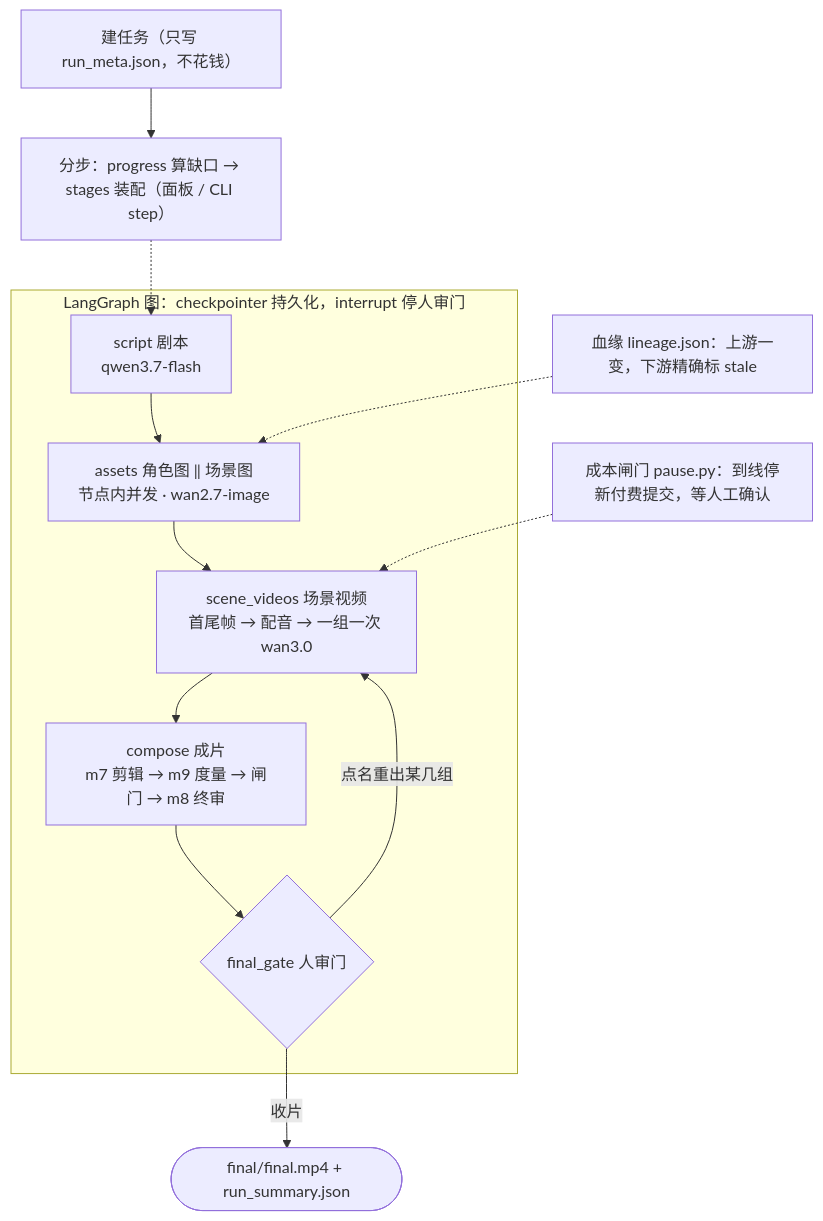
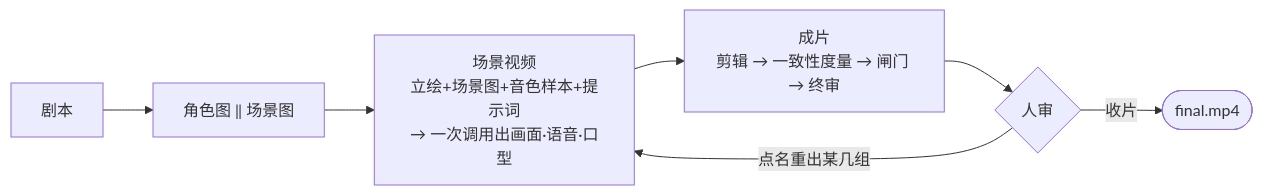
Before and after one commit to Mingyang0018/FastVideo3: the diagram in README.md, drawn with Mermaid. The commit also changed other lines of this file, not shown here.

Commit message:
docs(readme): 编排图收成 7 个节点（16 行 → 10 行）
图只画"形状"，模型名与人工动作交给下面那张表 —— 上一版把两边都塞进图里，于是图既大又和表重复。

- 删掉：建任务节点、分步模式的 progress/stages 两个节点（那是"怎么驱动"，不是流程本身，
  正文一句话就说清了）、成本闸门与血缘两个虚线挂点（挪进正文，它们横跨所有步骤，画在某一
  个节点上是误导）、`subgraph` 外壳、每个节点里的英文步骤 id 与模型名。
- 保留的关键形状：五步一条链、`角色图 ‖ 场景图` 的并行、**人审点名重出只回边到"场景视频"**
  （这是这张图唯一不显然的地方：重出一组不会回头重画剧本和资产）、以及"闸门自动重做"在
  成片那一步**内部**、图上的回边只承载人的决定。
- 场景视频节点仍保留多模态输入合同（立绘+场景图+音色样本+提示词 → 一次调用出画面·语音·口型），
  因为这一节标题就是"多模态"，这个节点不能退化成"生成视频"。
- 顺带去掉与上一句重复的"一条链，两种走法"，成本闸门/血缘那段改成只讲事实。

````diff
--- a/README.md
+++ b/README.md
@@ -41,17 +41,9 @@
 ```mermaid
-flowchart TD
-    T["建任务（只写 run_meta.json，不花钱）"] --> P
-    P["分步：progress 算缺口 → stages 装配（面板 / CLI step）"] -.-> S
-
-    subgraph G["LangGraph 图：checkpointer 持久化，interrupt 停人审门"]
-        S["script 剧本<br/>qwen3.7-flash"] --> A["assets 角色图 ‖ 场景图<br/>节点内并发 · wan2.7-image"]
-        A --> V["scene_videos 场景视频<br/>首尾帧 → 配音 → 一组一次 wan3.0"]
-        V --> C["compose 成片<br/>m7 剪辑 → m9 度量 → 闸门 → m8 终审"]
-        C --> FG{"final_gate 人审门"}
-        FG -- 点名重出某几组 --> V
-    end
-
-    FG -- 收片 --> E(["final/final.mp4 + run_summary.json"])
-    PAUSE["成本闸门 pause.py：到线停新付费提交，等人工确认"] -.-> V
-    LIN["血缘 lineage.json：上游一变，下游精确标 stale"] -.-> A
+flowchart LR
+    S["剧本"] --> A["角色图 ‖ 场景图"]
+    A --> V["场景视频<br/>立绘+场景图+音色样本+提示词<br/>→ 一次调用出画面·语音·口型"]
+    V --> C["成片<br/>剪辑 → 一致性度量 → 闸门 → 终审"]
+    C --> G{"人审"}
+    G -- 点名重出某几组 --> V
+    G -- 收片 --> F(["final.mp4"])
 ```
````
